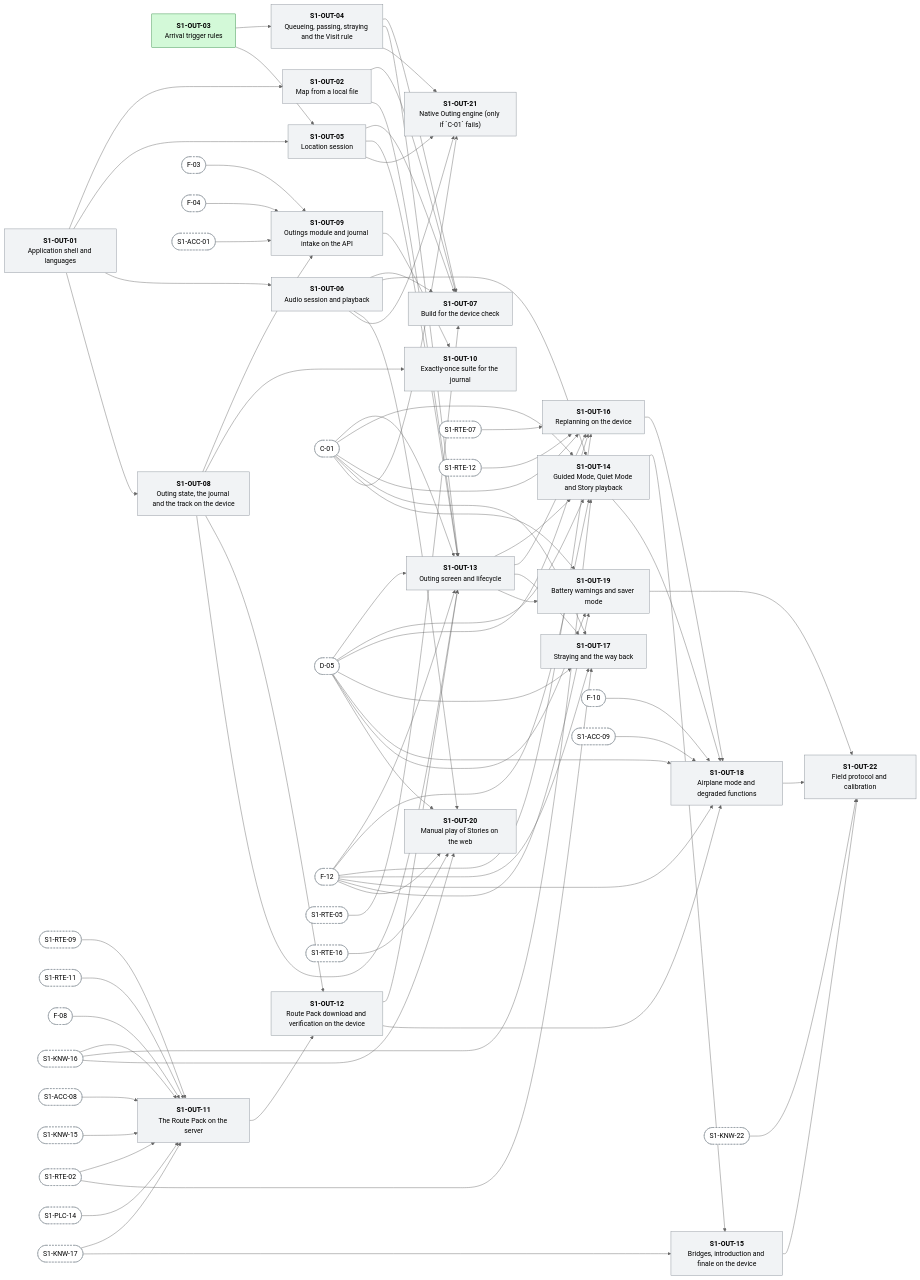
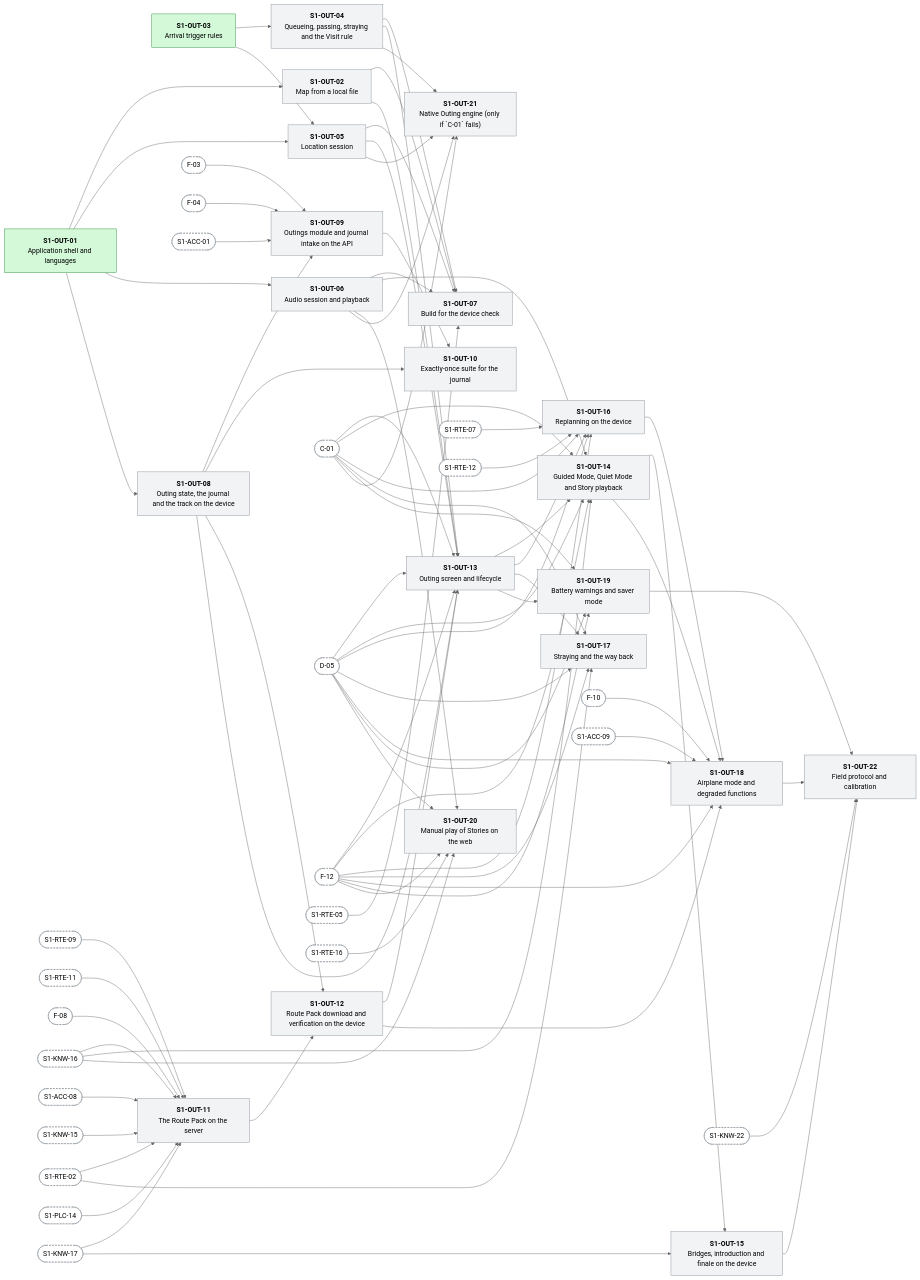
Before and after one commit to menisika/Smart-Tour-Guide-and-Itinerary-Planner: the ninth of 17 diagrams in docs/WORK-PLAN.md, drawn with Mermaid (neutral theme). The commit also changed other lines of this file and 42 other files, not shown here.

First line of the commit message:
feat(mobile): add the application shell and languages (#9)

```diff
--- a/docs/WORK-PLAN.md
+++ b/docs/WORK-PLAN.md
@@ -3258,7 +3258,7 @@
   classDef blocked fill:#ffe3e3,stroke:#c92a2a,color:#000
   classDef todo fill:#f1f3f5,stroke:#868e96,color:#000
   classDef outside fill:#ffffff,stroke:#868e96,stroke-dasharray:4 3,color:#000
-  S1_OUT_01["<b>S1-OUT-01</b><br/>Application shell and languages"]:::todo
+  S1_OUT_01["<b>S1-OUT-01</b><br/>Application shell and languages"]:::done
   S1_OUT_02["<b>S1-OUT-02</b><br/>Map from a local file"]:::todo
   S1_OUT_03["<b>S1-OUT-03</b><br/>Arrival trigger rules"]:::done
   S1_OUT_04["<b>S1-OUT-04</b><br/>Queueing, passing, straying and the Visit rule"]:::todo
```
